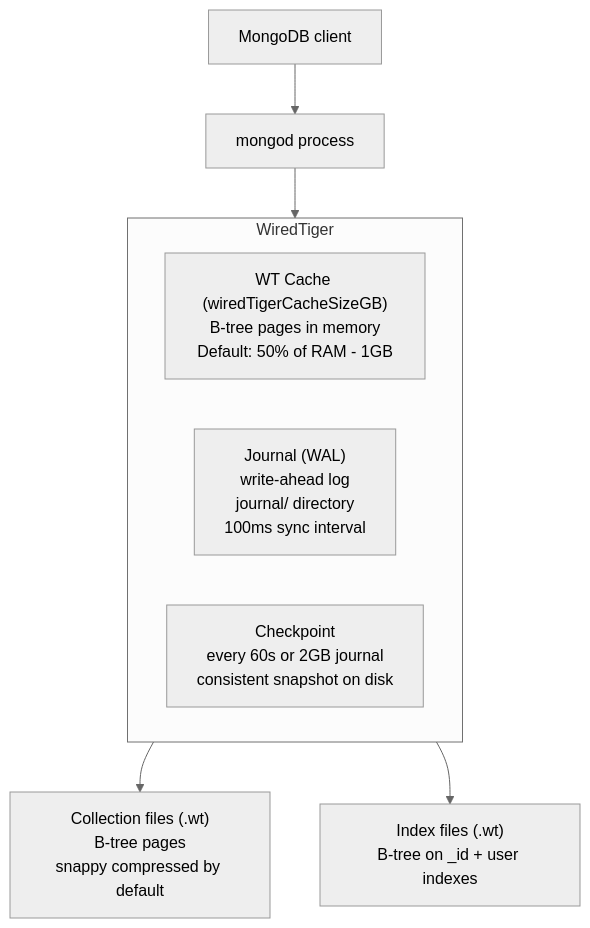
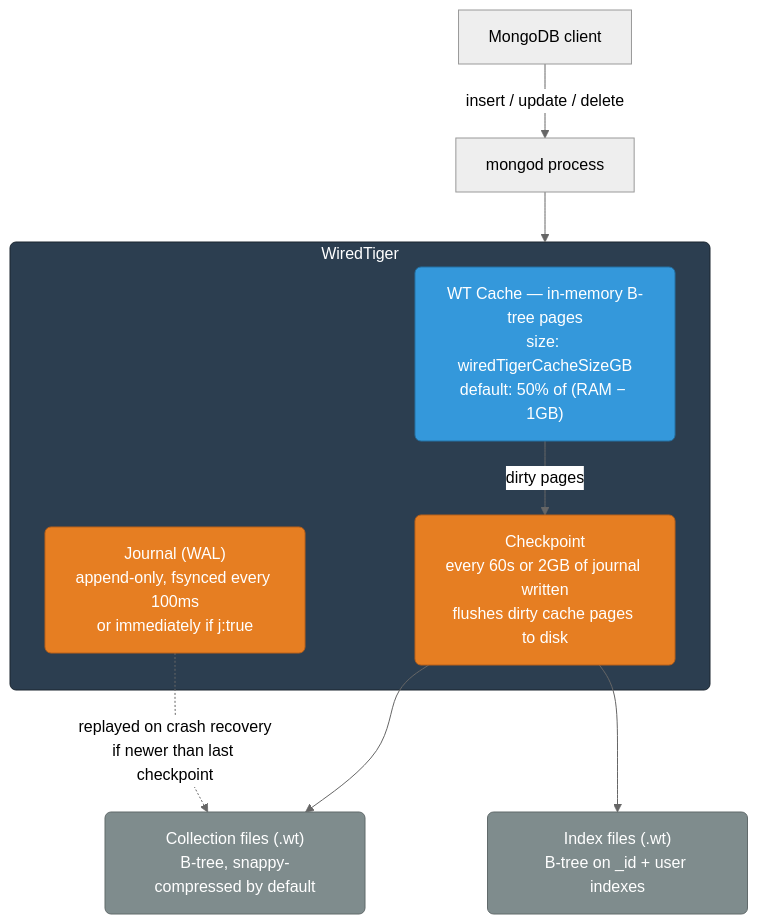
Before and after one commit to deepanshu-rawat6/DevOpsIndex: the first of 6 diagrams in databases/mongodb-internals.md, drawn with Mermaid (neutral theme). The commit also changed other lines of this file and 7 other files, not shown here.

````diff
--- a/databases/mongodb-internals.md
+++ b/databases/mongodb-internals.md
@@ -5,14 +16,21 @@
 ```mermaid
 graph TD
-    CLIENT3["MongoDB client"] --> MONGOD["mongod process"]
-    MONGOD --> WT["WiredTiger Storage Engine"]
+    classDef engine fill:#2c3e50,stroke:#1a252f,color:#fff,rx:6
+    classDef mem fill:#3498db,stroke:#2471a3,color:#fff,rx:6
+    classDef durable fill:#e67e22,stroke:#ba6018,color:#fff,rx:6
+    classDef disk fill:#7f8c8d,stroke:#616a6b,color:#fff,rx:6
+
+    CLIENT["MongoDB client"] -->|"insert / update / delete"| MONGOD["mongod process"]
+    MONGOD --> WT["WiredTiger Storage Engine"]:::engine
 
     subgraph WT["WiredTiger"]
-        CACHE3["WT Cache (wiredTigerCacheSizeGB)<br>B-tree pages in memory<br>Default: 50% of RAM - 1GB"]
-        JOURNAL["Journal (WAL)<br>write-ahead log<br>journal/ directory<br>100ms sync interval"]
-        CHECKPOINT["Checkpoint<br>every 60s or 2GB journal<br>consistent snapshot on disk"]
+        CACHE["WT Cache — in-memory B-tree pages<br/>size: wiredTigerCacheSizeGB<br/>default: 50% of (RAM − 1GB)"]:::mem
+        JOURNAL["Journal (WAL)<br/>append-only, fsynced every 100ms<br/>or immediately if j:true"]:::durable
+        CHECKPOINT["Checkpoint<br/>every 60s or 2GB of journal written<br/>flushes dirty cache pages to disk"]:::durable
     end
 
-    WT --> DATA3["Collection files (.wt)<br>B-tree pages<br>snappy compressed by default"]
-    WT --> IDX3["Index files (.wt)<br>B-tree on _id + user indexes"]
+    CACHE -->|"dirty pages"| CHECKPOINT
+    CHECKPOINT --> DATA["Collection files (.wt)<br/>B-tree, snappy-compressed by default"]:::disk
+    CHECKPOINT --> IDX["Index files (.wt)<br/>B-tree on _id + user indexes"]:::disk
+    JOURNAL -.->|"replayed on crash recovery<br/>if newer than last checkpoint"| DATA
 ```
````
